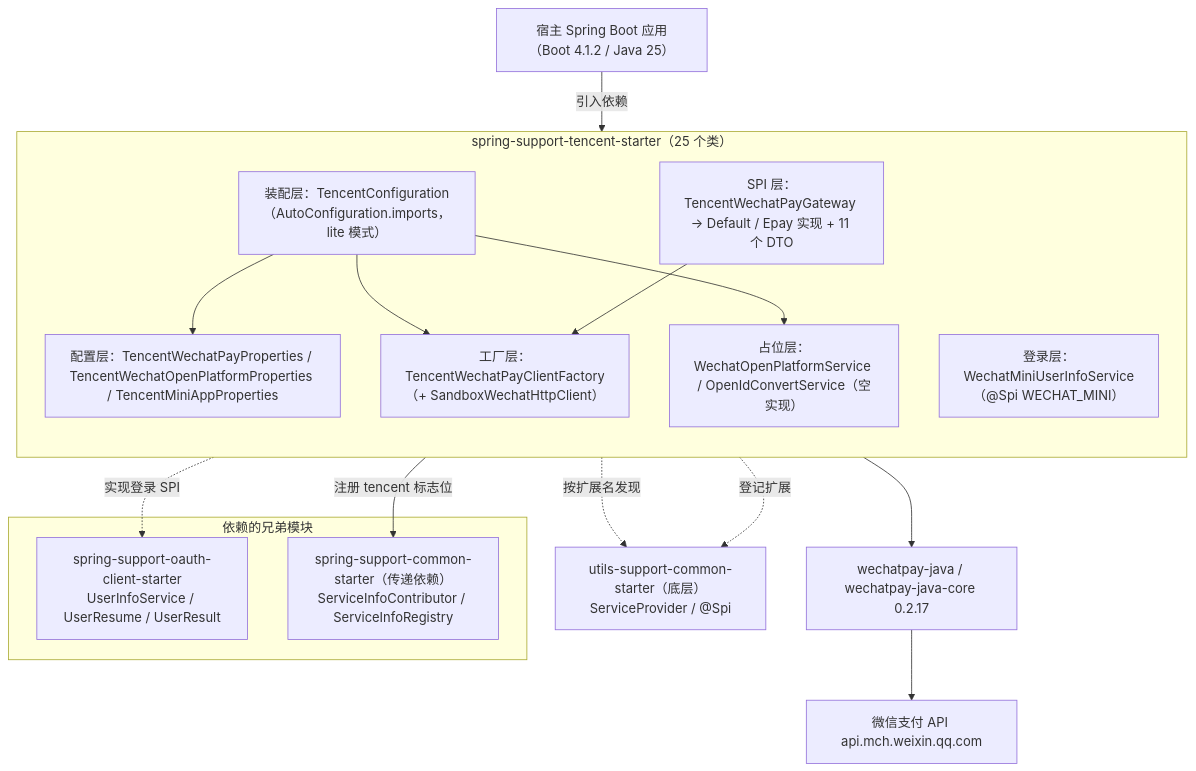
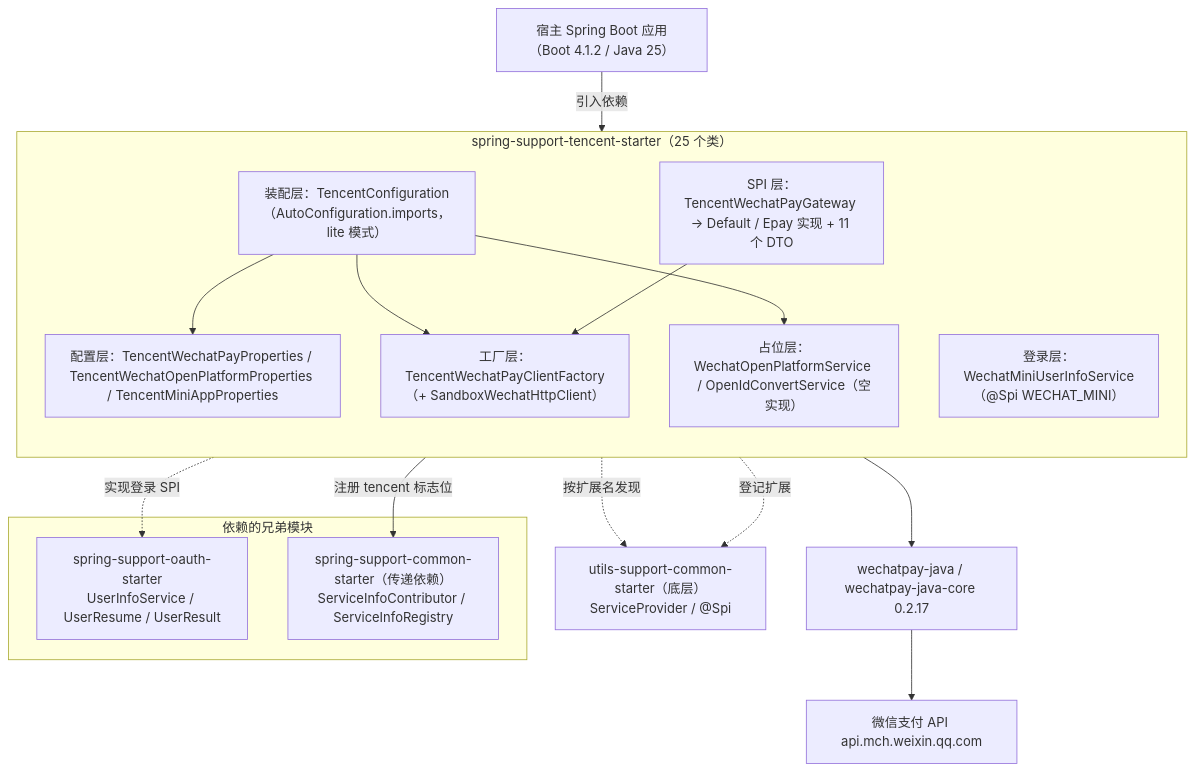
The first of 2 diagrams in spring-support-tencent-starter/README.md (CHTK001/spring-support-parent-starter), drawn with Mermaid before and after one commit. The commit also changed other lines of this file and 246 other files, not shown here.

````diff
--- a/spring-support-tencent-starter/README.md
+++ b/spring-support-tencent-starter/README.md
@@ -7,34 +7,34 @@
 ```mermaid
 flowchart TB
     HOST["宿主 Spring Boot 应用（Boot 4.1.2 / Java 25）"]
 
     subgraph MOD["spring-support-tencent-starter（25 个类）"]
         direction TB
         AUTO["装配层：TencentConfiguration（AutoConfiguration.imports，lite 模式）"]
         PROPS["配置层：TencentWechatPayProperties / TencentWechatOpenPlatformProperties / TencentMiniAppProperties"]
         FACT["工厂层：TencentWechatPayClientFactory（+ SandboxWechatHttpClient）"]
         SPI["SPI 层：TencentWechatPayGateway → Default / Epay 实现 + 11 个 DTO"]
         USER["登录层：WechatMiniUserInfoService（@Spi WECHAT_MINI）"]
         AUTH["占位层：WechatOpenPlatformService / OpenIdConvertService（空实现）"]
     end
 
     subgraph SIB["依赖的兄弟模块"]
-        OAUTH["spring-support-oauth-client-starter<br/>UserInfoService / UserResume / UserResult"]
+        OAUTH["spring-support-oauth-starter<br/>UserInfoService / UserResume / UserResult"]
         COMMON["spring-support-common-starter（传递依赖）<br/>ServiceInfoContributor / ServiceInfoRegistry"]
     end
 
     UTILS["utils-support-common-starter（底层）<br/>ServiceProvider / @Spi"]
     SDK["wechatpay-java / wechatpay-java-core 0.2.17"]
     WX["微信支付 API api.mch.weixin.qq.com"]
 
     HOST -->|引入依赖| MOD
     AUTO --> PROPS
     AUTO --> FACT
     AUTO --> AUTH
     SPI --> FACT
     FACT --> SDK --> WX
     USER -.->|实现登录 SPI| OAUTH
     AUTO -->|注册 tencent 标志位| COMMON
     SPI -.->|按扩展名发现| UTILS
     USER -.->|登记扩展| UTILS
 ```
````
